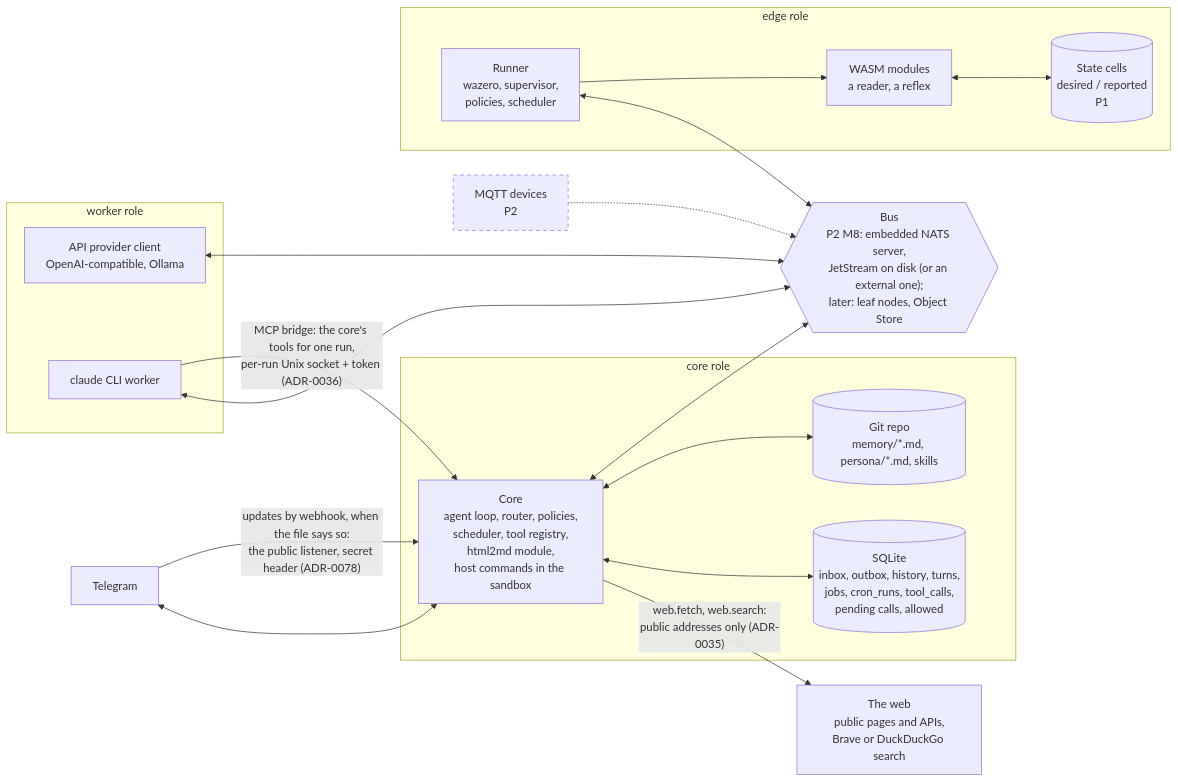
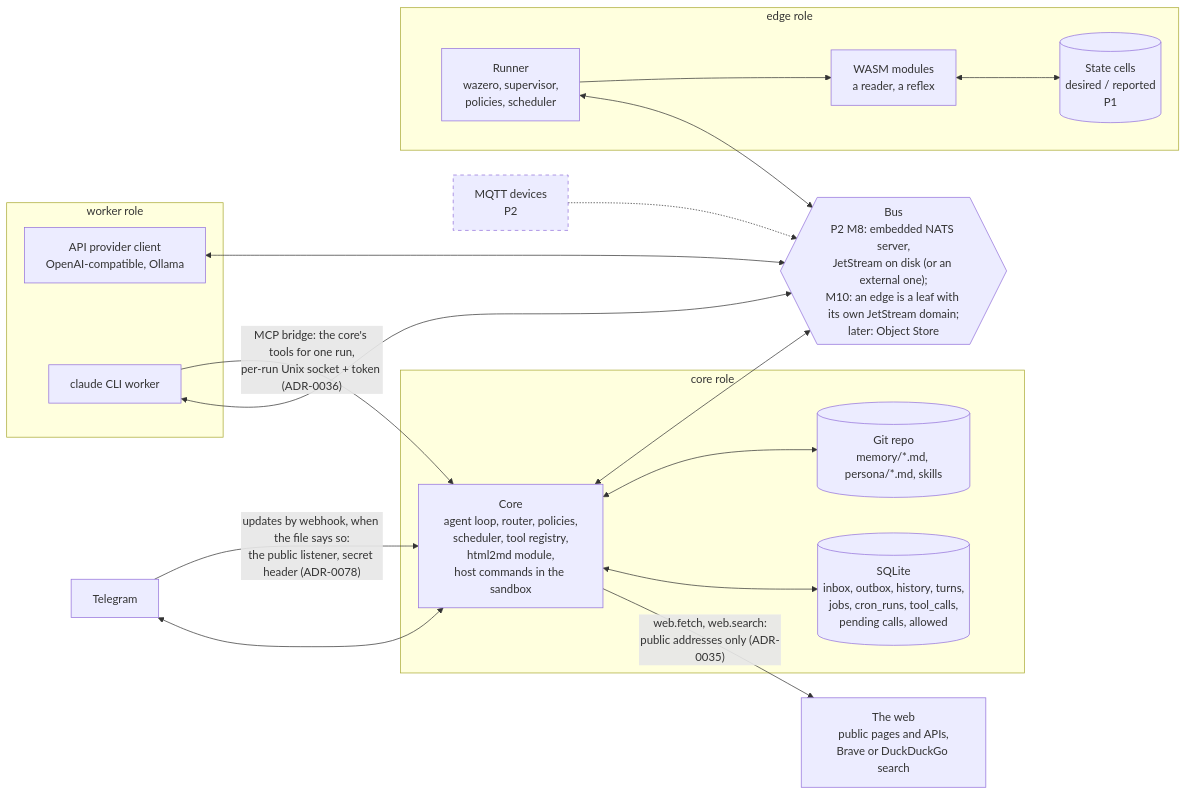
The first of 3 diagrams in docs/architecture/02-containers.md (igorrius/ganglion), drawn with Mermaid before and after one commit. The commit also changed other lines of this file and 47 other files, not shown here.

First line of the commit message:
edge: the edge role runs modules on a leaf, telemetry to the core, a /status line per edge (#321)

````diff
--- a/docs/architecture/02-containers.md
+++ b/docs/architecture/02-containers.md
@@ -9,42 +9,42 @@
 ```mermaid
 flowchart LR
     tg["Telegram"]
     web["The web<br/>public pages and APIs,<br/>Brave or DuckDuckGo search"]
     mqttdev["MQTT devices<br/>P2"]
 
     subgraph corerole["core role"]
         corep["Core<br/>agent loop, router, policies,<br/>scheduler, tool registry,<br/>html2md module,<br/>host commands in the sandbox"]
         sqlite[("SQLite<br/>inbox, outbox, history, turns,<br/>jobs, cron_runs, tool_calls,<br/>pending calls, allowed")]
         memrepo[("Git repo<br/>memory/*.md, persona/*.md, skills")]
     end
 
     subgraph edgerole["edge role"]
         runner["Runner<br/>wazero, supervisor,<br/>policies, scheduler"]
         mods["WASM modules<br/>a reader, a reflex"]
         cells[("State cells<br/>desired / reported<br/>P1")]
     end
 
     subgraph workerrole["worker role"]
         api["API provider client<br/>OpenAI-compatible, Ollama"]
         cli["claude CLI worker"]
     end
 
-    bus{{"Bus<br/>P2 M8: embedded NATS server,<br/>JetStream on disk (or an external one);<br/>later: leaf nodes, Object Store"}}
+    bus{{"Bus<br/>P2 M8: embedded NATS server,<br/>JetStream on disk (or an external one);<br/>M10: an edge is a leaf with its own JetStream domain;<br/>later: Object Store"}}
 
     tg <--> corep
     tg -- "updates by webhook, when the file says so:<br/>the public listener, secret header (ADR-0078)" --> corep
     corep -- "web.fetch, web.search:<br/>public addresses only (ADR-0035)" --> web
     corep <--> sqlite
     corep <--> memrepo
     corep <--> bus
     runner <--> bus
     runner --> mods
     mods <--> cells
     api <--> bus
     cli <--> bus
     cli -- "MCP bridge: the core's tools for one run,<br/>per-run Unix socket + token (ADR-0036)" --> corep
     mqttdev -.-> bus
 
     classDef planned stroke-dasharray: 5 5
     class mqttdev planned
 ```
````
